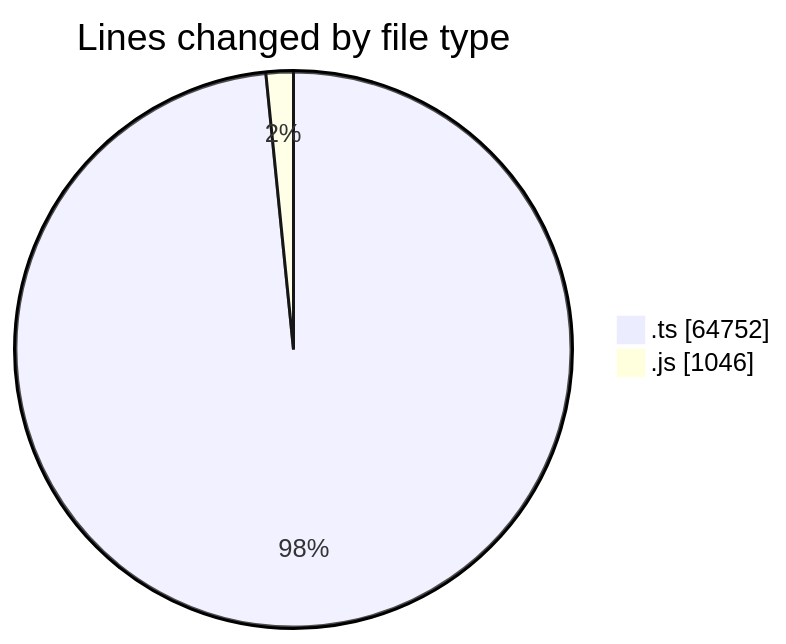
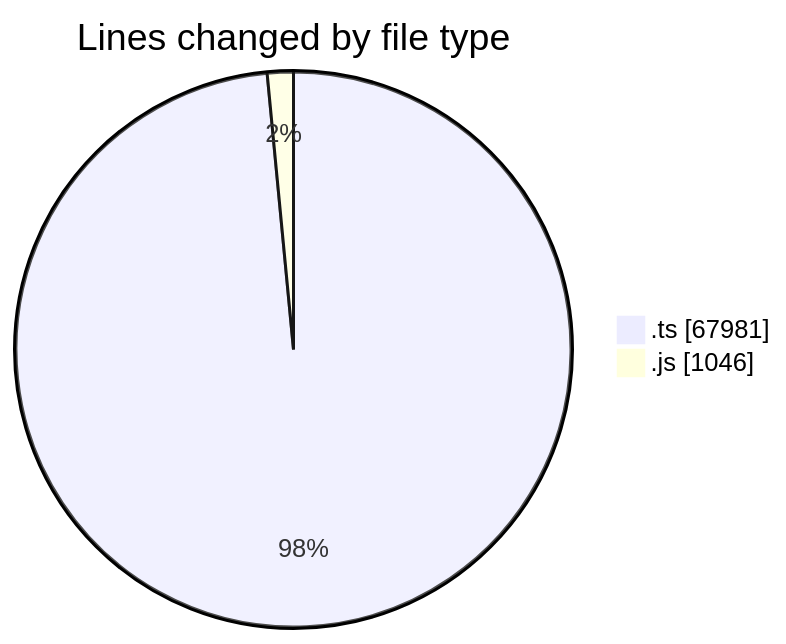
One commit to momahboobian/code-tracking changed the first of 2 diagrams in 2025-09-29/cda/README.md. Above: the diagram before and after it, drawn with Mermaid. The commit also changed other lines of this file and 1 other file, not shown here.

````diff
--- a/2025-09-29/cda/README.md
+++ b/2025-09-29/cda/README.md
@@ -28,6 +28,6 @@
 ```mermaid
 pie showData
 title Lines changed by file type
-".ts" : 64752
+".ts" : 67981
 ".js" : 1046
 ```
````
